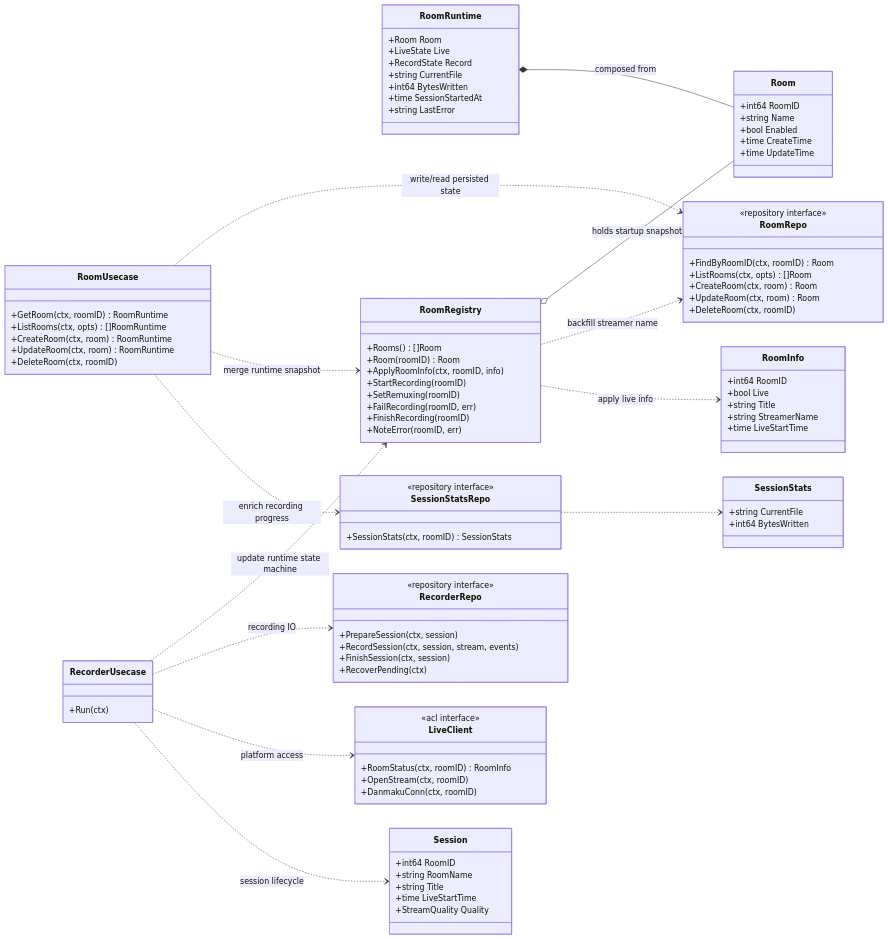
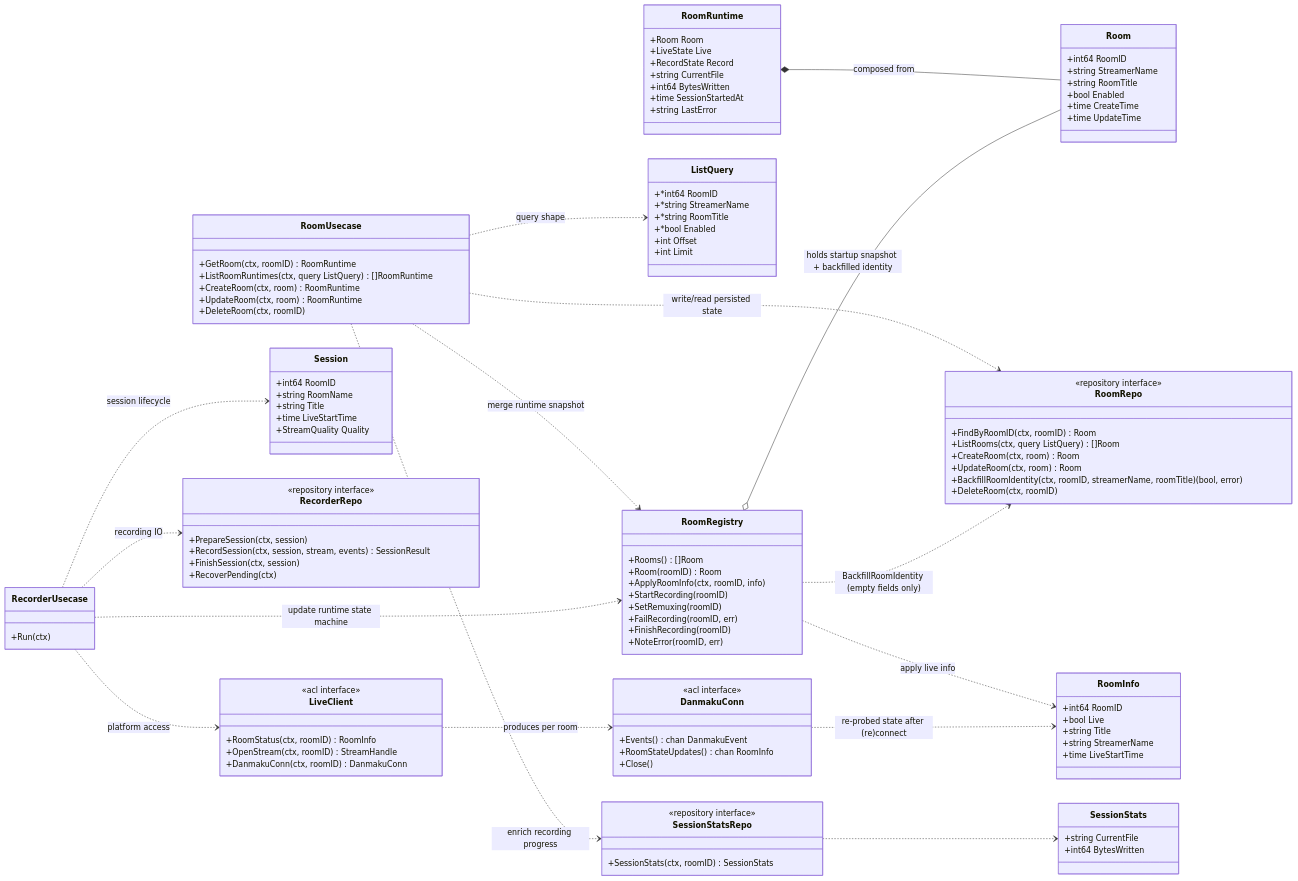
Before and after one commit to xgbt/suika: the diagram in docs/design/ddd-domain-model.md, drawn with Mermaid. The commit also changed other lines of this file and 5 other files, not shown here.

````diff
--- a/docs/design/ddd-domain-model.md
+++ b/docs/design/ddd-domain-model.md
@@ -17,7 +24,8 @@
 
 class Room {
   +int64 RoomID
-  +string Name
+  +string StreamerName
+  +string RoomTitle
   +bool Enabled
   +time CreateTime
   +time UpdateTime
@@ -33,6 +41,15 @@
   +string LastError
 }
 
+class ListQuery {
+  +*int64 RoomID
+  +*string StreamerName
+  +*string RoomTitle
+  +*bool Enabled
+  +int Offset
+  +int Limit
+}
+
 class RoomRegistry {
   +Rooms() []Room
   +Room(roomID) Room
@@ -46,7 +63,7 @@
 
 class RoomUsecase {
   +GetRoom(ctx, roomID) RoomRuntime
-  +ListRooms(ctx, opts) []RoomRuntime
+  +ListRoomRuntimes(ctx, query ListQuery) []RoomRuntime
   +CreateRoom(ctx, room) RoomRuntime
   +UpdateRoom(ctx, room) RoomRuntime
   +DeleteRoom(ctx, roomID)
@@ -80,9 +97,10 @@
 class RoomRepo {
   <<repository interface>>
   +FindByRoomID(ctx, roomID) Room
-  +ListRooms(ctx, opts) []Room
+  +ListRooms(ctx, query ListQuery) []Room
   +CreateRoom(ctx, room) Room
   +UpdateRoom(ctx, room) Room
+  +BackfillRoomIdentity(ctx, roomID, streamerName, roomTitle) (bool, error)
   +DeleteRoom(ctx, roomID)
 }
 
@@ -94,7 +112,7 @@
 class RecorderRepo {
   <<repository interface>>
   +PrepareSession(ctx, session)
-  +RecordSession(ctx, session, stream, events)
+  +RecordSession(ctx, session, stream, events) SessionResult
   +FinishSession(ctx, session)
   +RecoverPending(ctx)
 }
@@ -102,17 +120,25 @@
 class LiveClient {
   <<acl interface>>
   +RoomStatus(ctx, roomID) RoomInfo
-  +OpenStream(ctx, roomID)
-  +DanmakuConn(ctx, roomID)
+  +OpenStream(ctx, roomID) StreamHandle
+  +DanmakuConn(ctx, roomID) DanmakuConn
+}
+
+class DanmakuConn {
+  <<acl interface>>
+  +Events() chan DanmakuEvent
+  +RoomStateUpdates() chan RoomInfo
+  +Close()
 }
 
 RoomRuntime *-- Room : composed from
 RoomUsecase ..> RoomRepo : write/read persisted state
 RoomUsecase ..> RoomRegistry : merge runtime snapshot
 RoomUsecase ..> SessionStatsRepo : enrich recording progress
+RoomUsecase ..> ListQuery : query shape
 
-RoomRegistry o-- Room : holds startup snapshot
-RoomRegistry ..> RoomRepo : backfill streamer name
+RoomRegistry o-- Room : holds startup snapshot + backfilled identity
+RoomRegistry ..> RoomRepo : BackfillRoomIdentity (empty fields only)
 RoomRegistry ..> RoomInfo : apply live info
 
 RecorderUsecase ..> RoomRegistry : update runtime state machine
@@ -120,5 +146,7 @@
 RecorderUsecase ..> LiveClient : platform access
 RecorderUsecase ..> Session : session lifecycle
 
+LiveClient ..> DanmakuConn : produces per room
+DanmakuConn ..> RoomInfo : re-probed state after (re)connect
 SessionStatsRepo ..> SessionStats
 ```
````
